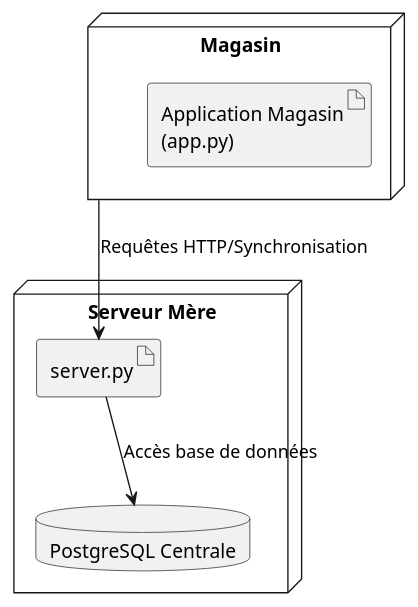
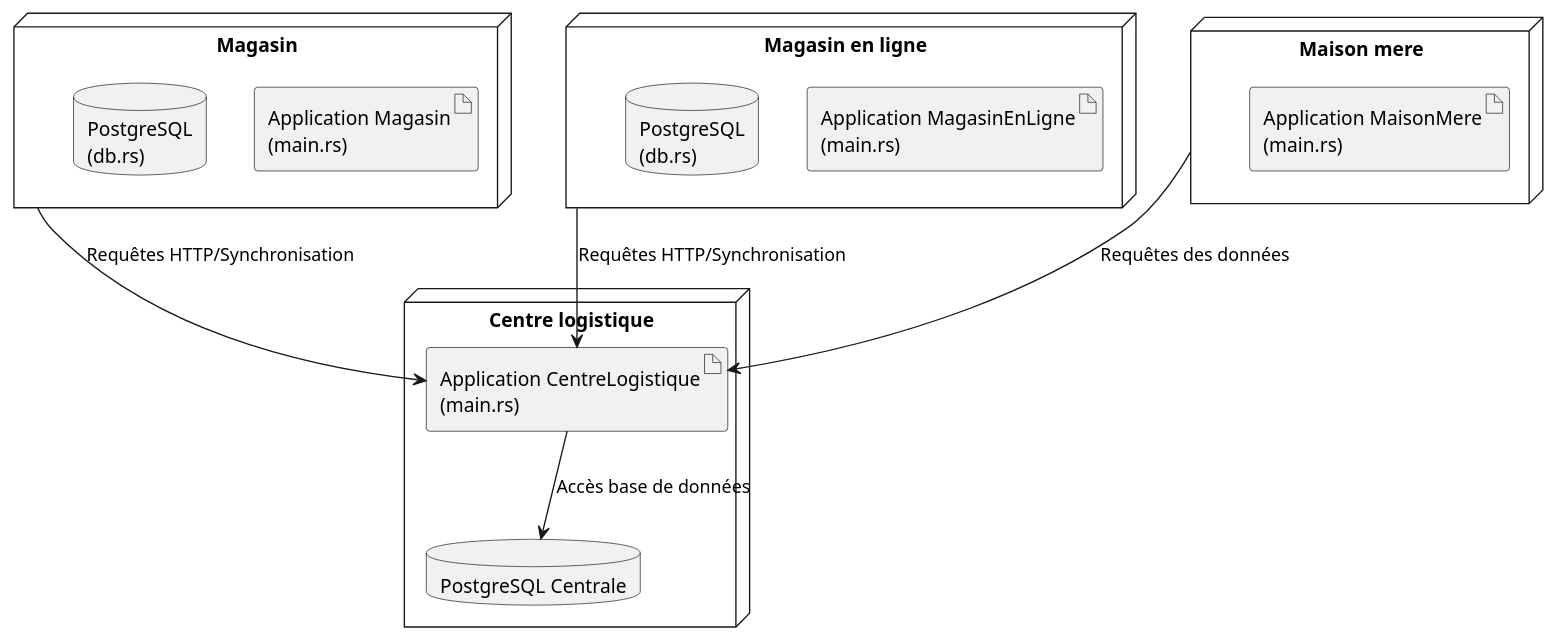
The diagram in docs/UML/deploiement.puml (Barlow-Personal-Git/Projet_LOG430), drawn with PlantUML before and after one commit. The commit also changed 6 other files, not shown here.

Commit message:
Add diagramme

```diff
--- a/docs/UML/deploiement.puml
+++ b/docs/UML/deploiement.puml
@@ -1,13 +1,23 @@
 @startuml
-node "Magasin" as   Magasin {
-  artifact "Application Magasin\n(app.py)" as AppMagasin
+node "Magasin" as Magasin {
+  artifact "Application Magasin\n(main.rs)" as AppMagasin
+  database "PostgreSQL\n(db.rs)" as DbMagasin
+}
+node "Magasin en ligne" as MagasinEnLigne {
+  artifact "Application MagasinEnLigne\n(main.rs)" as AppMagasinEnLigne
+  database "PostgreSQL\n(db.rs)" as DbMagasinEnLigne
+}
+node "Maison mere" as MaisonMere {
+  artifact "Application MaisonMere\n(main.rs)" as AppMaisonMere
 }
 
-node "Serveur Mère" as Server {
+node "Centre logistique" as Server {
   database "PostgreSQL Centrale" as PostgresCentral
-  artifact "server.py" as ApiServeur
+  artifact "Application CentreLogistique\n(main.rs)" as AppCentreLogistique
 }
 
-Magasin --> ApiServeur : Requêtes HTTP/Synchronisation
-ApiServeur --> PostgresCentral : Accès base de données
+Magasin --> AppCentreLogistique : Requêtes HTTP/Synchronisation
+MagasinEnLigne --> AppCentreLogistique : Requêtes HTTP/Synchronisation
+MaisonMere --> AppCentreLogistique : Requêtes des données
+AppCentreLogistique --> PostgresCentral : Accès base de données
 @enduml
```
